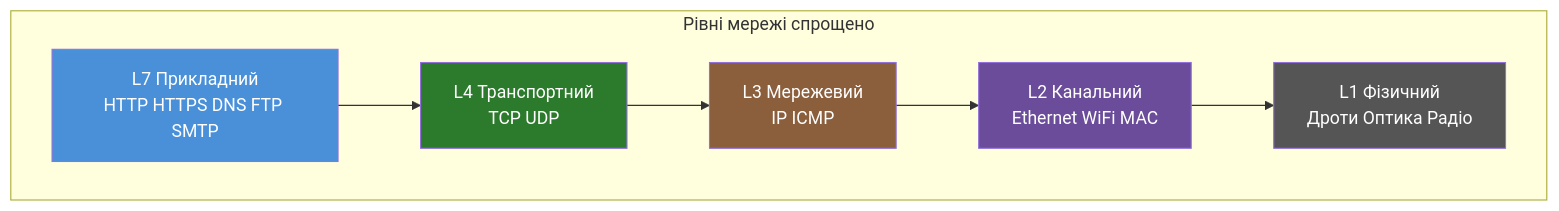
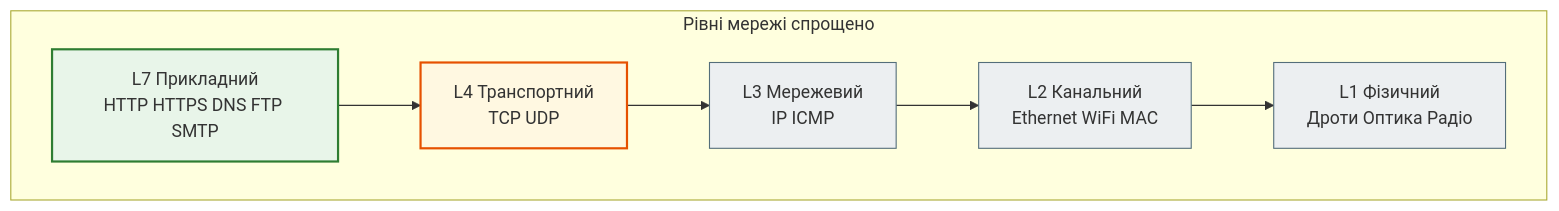
One commit to NikoriakViktot/notes_chat_app changed diagram 12 of 12 in docs/01_web_foundations/network_mermaid_full.md. Above: the diagram before and after it, drawn with Mermaid. The commit also changed other lines of this file and 441 other files, not shown here.

First line of the commit message:
Add English version of the book, Mermaid standard, docs fixes

````diff
--- a/docs/01_web_foundations/network_mermaid_full.md
+++ b/docs/01_web_foundations/network_mermaid_full.md
@@ -307,17 +345,19 @@
 ```mermaid
 graph TD
     subgraph OSI [Рівні мережі спрощено]
-        L7[L7 Прикладний\nHTTP HTTPS DNS FTP SMTP]
-        L4[L4 Транспортний\nTCP UDP]
-        L3[L3 Мережевий\nIP ICMP]
-        L2[L2 Канальний\nEthernet WiFi MAC]
-        L1[L1 Фізичний\nДроти Оптика Радіо]
+        L7["L7 Прикладний<br>HTTP HTTPS DNS FTP SMTP"]
+        L4["L4 Транспортний<br>TCP UDP"]
+        L3["L3 Мережевий<br>IP ICMP"]
+        L2["L2 Канальний<br>Ethernet WiFi MAC"]
+        L1["L1 Фізичний<br>Дроти Оптика Радіо"]
     end
     L7 --> L4 --> L3 --> L2 --> L1
-    
-    style L7 fill:#4A90D9,color:#fff
-    style L4 fill:#2C7A2C,color:#fff
-    style L3 fill:#8B5E3C,color:#fff
-    style L2 fill:#6B4C9A,color:#fff
-    style L1 fill:#555,color:#fff
+
+    classDef step     fill:#eceff1,stroke:#546e7a,stroke-width:1px;
+    classDef success  fill:#e8f5e9,stroke:#2e7d32,stroke-width:2px;
+    classDef warning  fill:#fff8e1,stroke:#e65100,stroke-width:2px;
+
+    class L7 success;
+    class L4 warning;
+    class L3,L2,L1 step;
 ```
````
